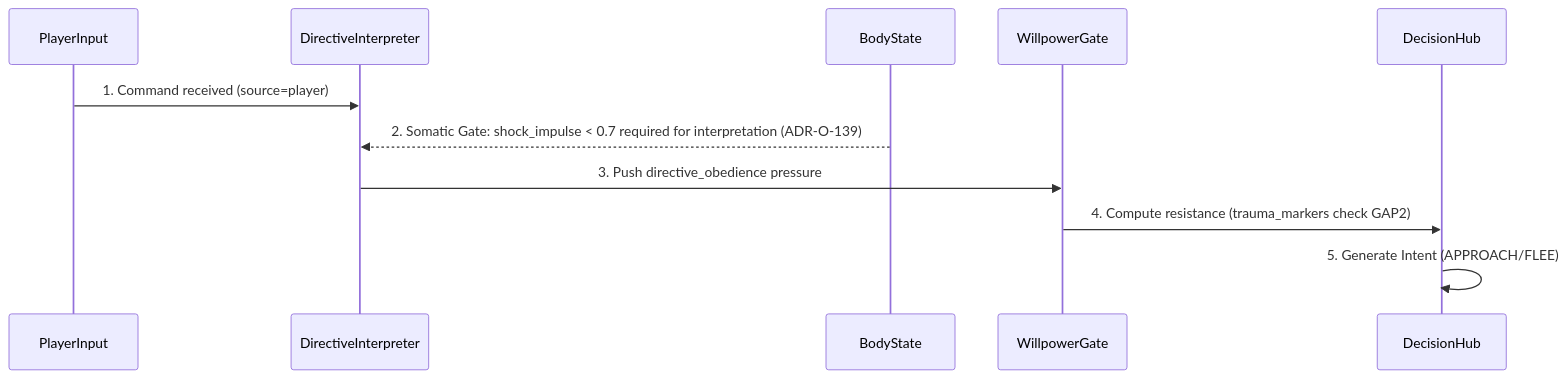
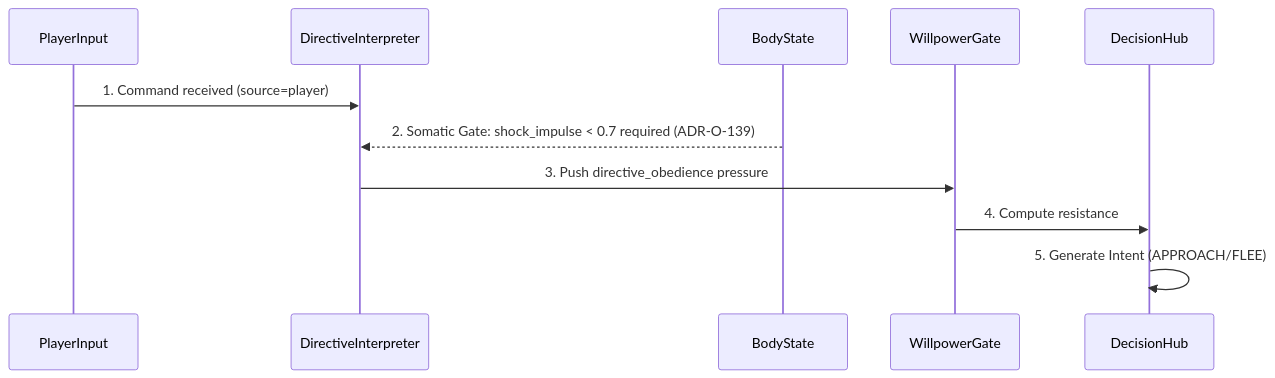
One commit to 4Um4/Enigma changed the second of 29 diagrams in docs/ARCHITECTURE_FLOW_GENERATED.md. Above: the diagram before and after it, drawn with Mermaid. The commit also changed other lines of this file and 768 other files, not shown here.

````diff
--- a/docs/ARCHITECTURE_FLOW_GENERATED.md
+++ b/docs/ARCHITECTURE_FLOW_GENERATED.md
@@ -468,13 +585,13 @@
 ```mermaid
 sequenceDiagram
 participant PlayerInput
 participant DirectiveInterpreter
 participant BodyState
 participant WillpowerGate
 participant DecisionHub
 PlayerInput->>DirectiveInterpreter: 1. Command received (source=player)
-BodyState-->>DirectiveInterpreter: 2. Somatic Gate: shock_impulse < 0.7 required for interpretation (ADR-O-139)
+BodyState-->>DirectiveInterpreter: 2. Somatic Gate: shock_impulse < 0.7 required (ADR-O-139)
 DirectiveInterpreter->>WillpowerGate: 3. Push directive_obedience pressure
-WillpowerGate->>DecisionHub: 4. Compute resistance (trauma_markers check GAP2)
+WillpowerGate->>DecisionHub: 4. Compute resistance
 DecisionHub->>DecisionHub: 5. Generate Intent (APPROACH/FLEE)
 ```
````
